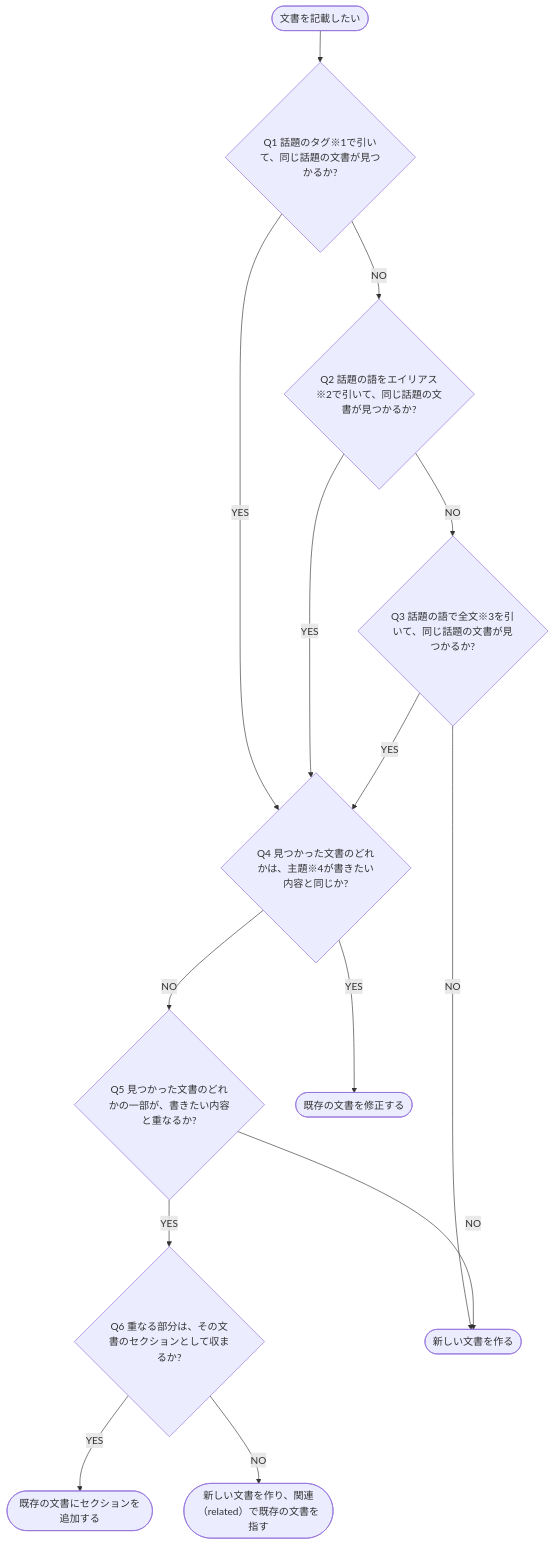
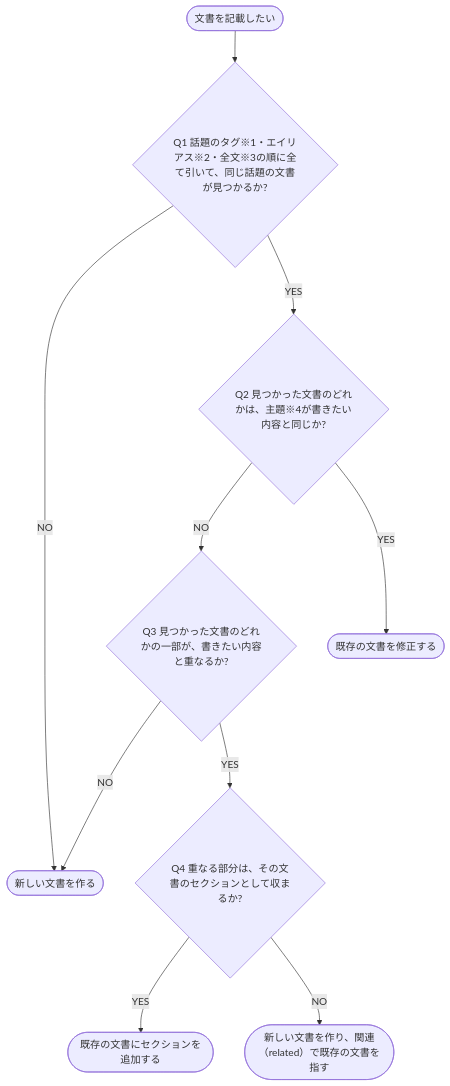
One commit to shuhei1101/dev-docs changed the diagram in docs/使い方/新しく作るか修正するかの判定.md. Above: the diagram before and after it, drawn with Mermaid. The commit also changed 1 other file, not shown here.

Commit message:
判定フローチャートのレビュー指摘を反映 (#22)

````diff
--- a/docs/使い方/新しく作るか修正するかの判定.md
+++ b/docs/使い方/新しく作るか修正するかの判定.md
@@ -11,29 +11,23 @@
 ```mermaid
 flowchart TD
   START([文書を記載したい])
-  Q1{Q1 話題のタグ※1で引いて、同じ話題の文書が見つかるか?}
-  Q2{Q2 話題の語をエイリアス※2で引いて、同じ話題の文書が見つかるか?}
-  Q3{Q3 話題の語で全文※3を引いて、同じ話題の文書が見つかるか?}
-  Q4{Q4 見つかった文書のどれかは、主題※4が書きたい内容と同じか?}
-  Q5{Q5 見つかった文書のどれかの一部が、書きたい内容と重なるか?}
-  Q6{Q6 重なる部分は、その文書のセクションとして収まるか?}
+  Q1{Q1 話題のタグ※1・エイリアス※2・全文※3の順に全て引いて、同じ話題の文書が見つかるか?}
+  Q2{Q2 見つかった文書のどれかは、主題※4が書きたい内容と同じか?}
+  Q3{Q3 見つかった文書のどれかの一部が、書きたい内容と重なるか?}
+  Q4{Q4 重なる部分は、その文書のセクションとして収まるか?}
 
   R1([既存の文書を修正する])
   R2([既存の文書にセクションを追加する])
   R3([新しい文書を作り、関連（related）で既存の文書を指す])
   R4([新しい文書を作る])
 
   START --> Q1
-  Q1 -->|YES| Q4
-  Q1 -->|NO| Q2
-  Q2 -->|YES| Q4
+  Q1 -->|NO| R4
+  Q1 -->|YES| Q2
   Q2 -->|NO| Q3
+  Q2 -->|YES| R1
   Q3 -->|NO| R4
   Q3 -->|YES| Q4
-  Q4 -->|NO| Q5
-  Q4 -->|YES| R1
-  Q5 -->|NO| R4
-  Q5 -->|YES| Q6
-  Q6 -->|YES| R2
-  Q6 -->|NO| R3
+  Q4 -->|YES| R2
+  Q4 -->|NO| R3
 ```
````
